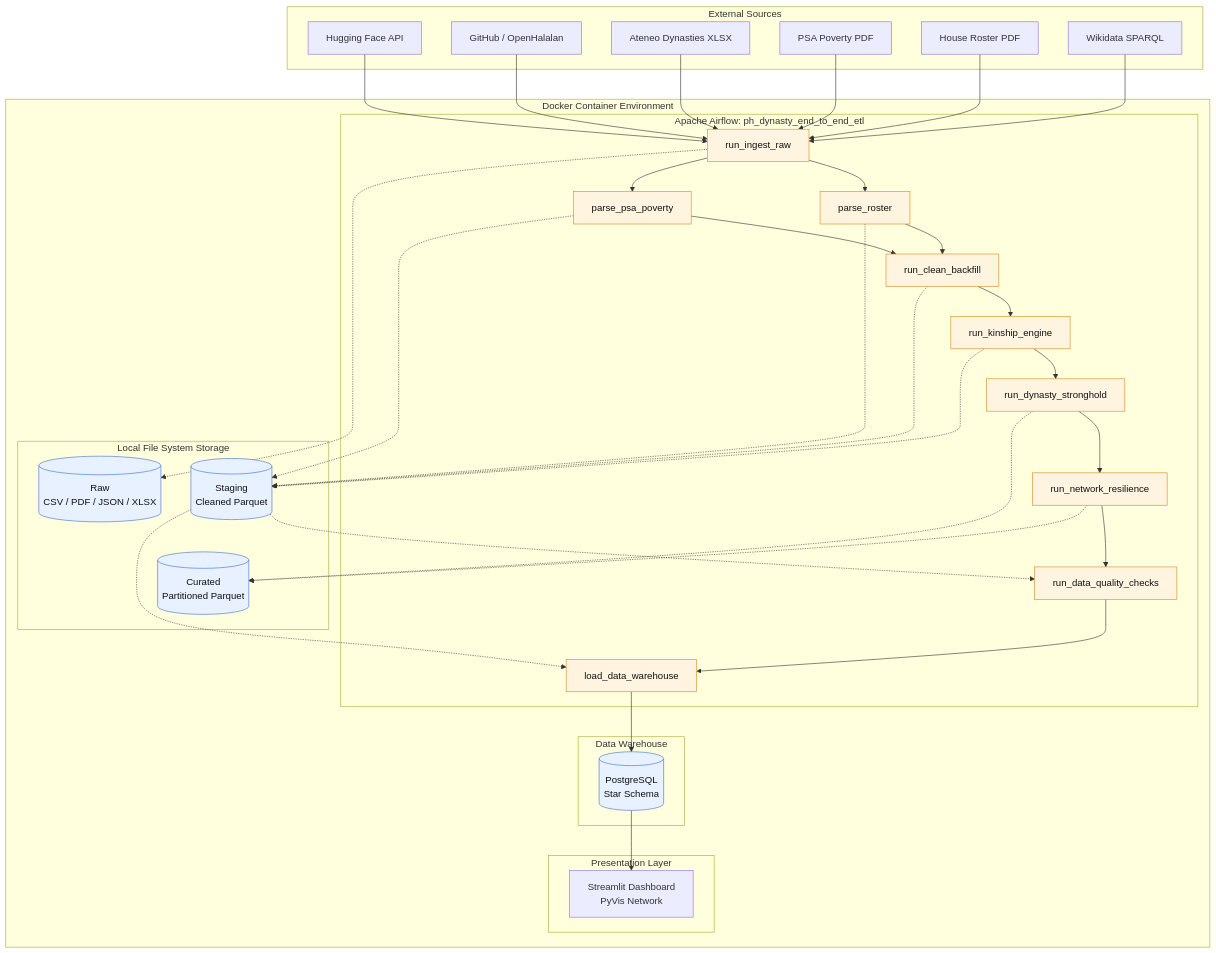
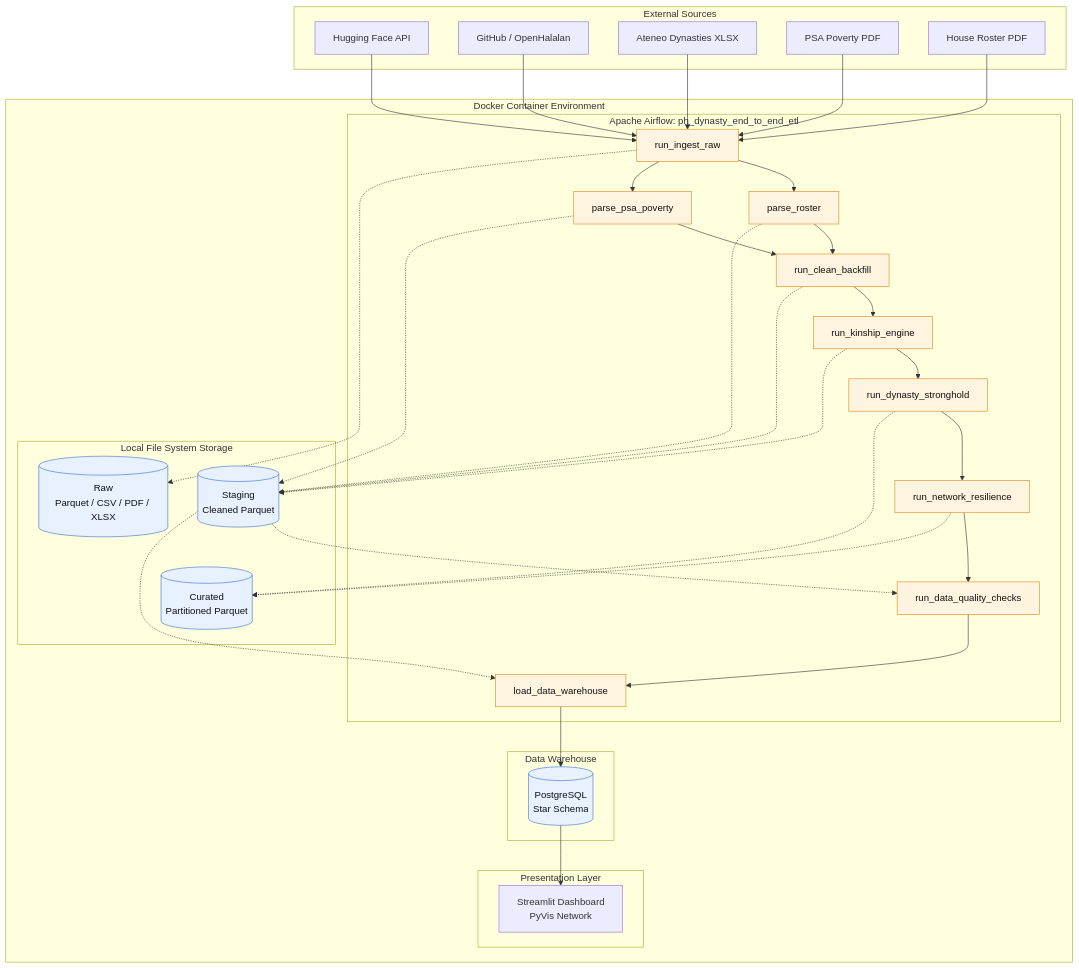
The first of 2 diagrams in README.md (SrPenguin000/ph-political-dynasty-project), drawn with Mermaid before and after one commit. The commit also changed other lines of this file, not shown here.

````diff
--- a/README.md
+++ b/README.md
@@ -46,60 +46,59 @@
 ```mermaid
 flowchart TD
     subgraph EXT["External Sources"]
         HF["Hugging Face API"]
         GH["GitHub / OpenHalalan"]
         AT["Ateneo Dynasties XLSX"]
         PSA["PSA Poverty PDF"]
         CON["House Roster PDF"]
-        WD["Wikidata SPARQL"]
     end
 
     subgraph DOCKER["Docker Container Environment"]
         subgraph AIR["Apache Airflow: ph_dynasty_end_to_end_etl"]
             T1["run_ingest_raw"]
             T2["parse_roster"]
             T3["parse_psa_poverty"]
             T4["run_clean_backfill"]
             T5["run_kinship_engine"]
             T6["run_dynasty_stronghold"]
             T7["run_network_resilience"]
             T8["run_data_quality_checks"]
             T9["load_data_warehouse"]
         end
 
         subgraph FS["Local File System Storage"]
-            RAW[("Raw<br/>CSV / PDF / JSON / XLSX")]
+            RAW[("Raw<br/>Parquet / CSV / PDF / XLSX")]
             STAGE[("Staging<br/>Cleaned Parquet")]
             CURATE[("Curated<br/>Partitioned Parquet")]
         end
 
         subgraph DW["Data Warehouse"]
             PG[("PostgreSQL<br/>Star Schema")]
         end
 
         subgraph PRES["Presentation Layer"]
             UI["Streamlit Dashboard<br/>PyVis Network"]
         end
     end
 
-    HF & GH & AT & PSA & CON & WD --> T1
+    HF & GH & AT & PSA & CON --> T1
 
     %% Task order (Airflow dependencies)
     T1 --> T2 & T3
     T2 & T3 --> T4
     T4 --> T5 --> T6 --> T7 --> T8 --> T9
 
     %% Data written / read
     T1 -.-> RAW
     T2 & T3 & T4 & T5 -.-> STAGE
     T6 & T7 -.-> CURATE
     STAGE -.-> T8
     STAGE -.-> T9
     T9 --> PG
     PG --> UI
 
     classDef store fill:#e8f1ff,stroke:#3b6fd4,color:#111;
     classDef task fill:#fff4e0,stroke:#d68a1c,color:#111;
     class RAW,STAGE,CURATE,PG store;
     class T1,T2,T3,T4,T5,T6,T7,T8,T9 task;
 ```
````
